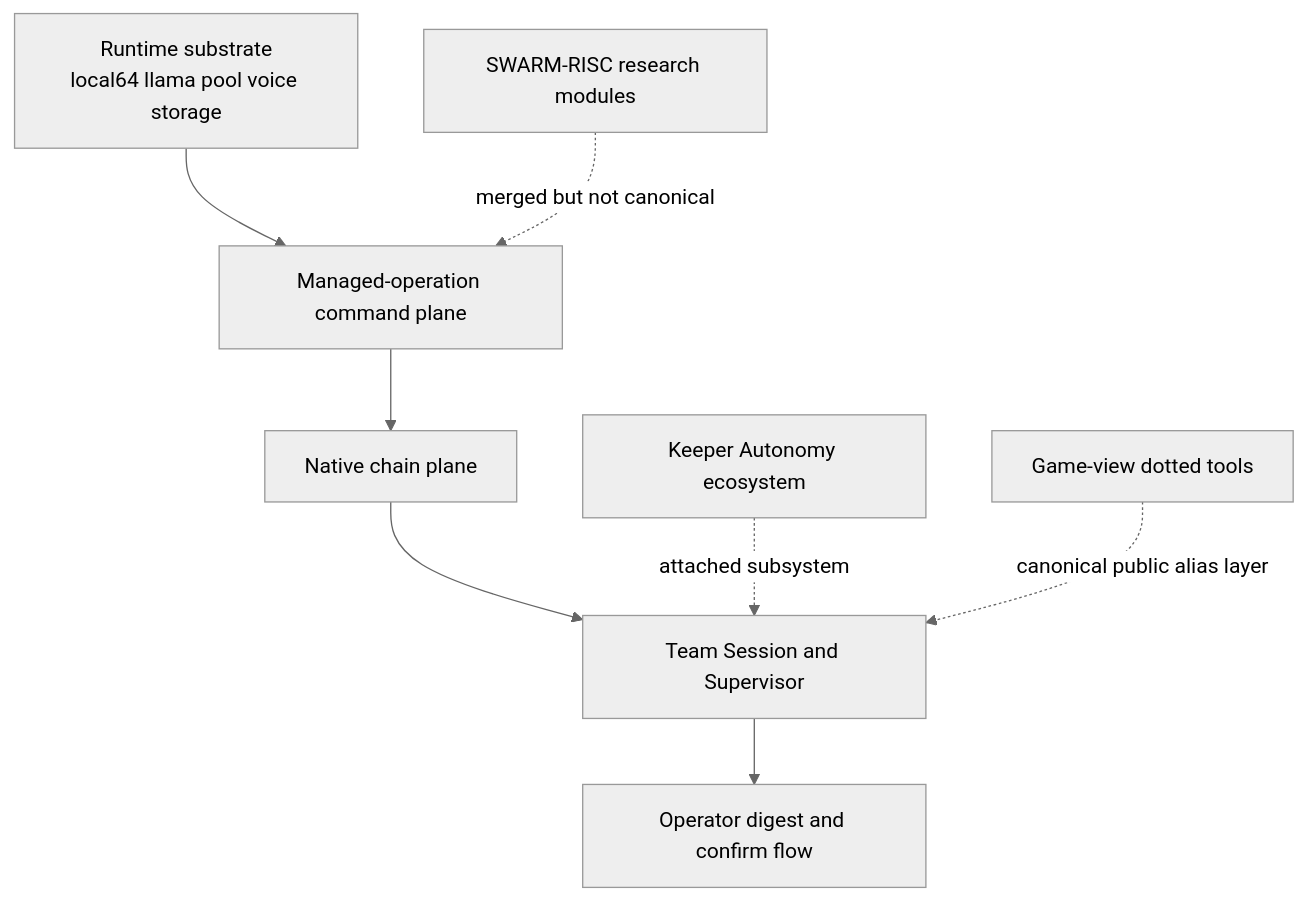
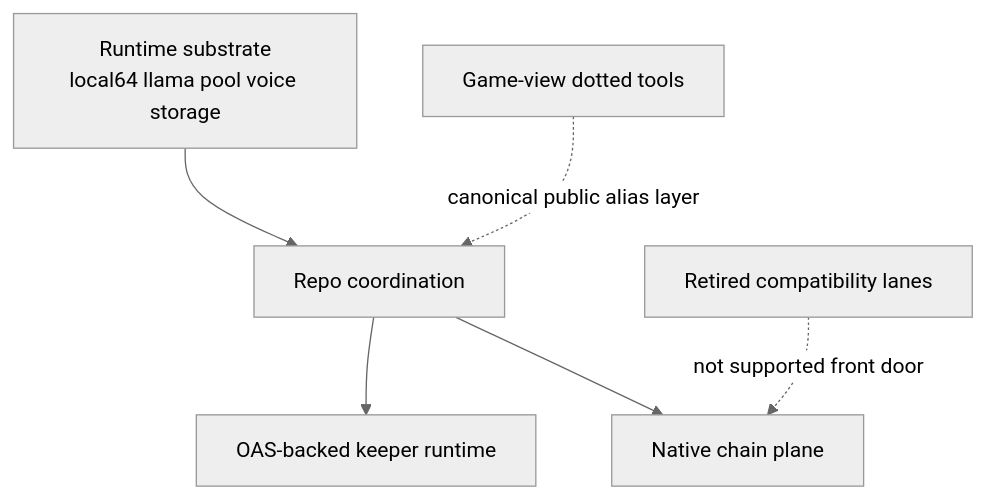
The fifth of 5 diagrams in docs/MCP-SURFACE-AUDIT.md (jeong-sik/masc), drawn with Mermaid (neutral theme) before and after one commit. The commit also changed other lines of this file and 38 other files, not shown here.

Commit message:
Remove retired collaboration front door

````diff
--- a/docs/MCP-SURFACE-AUDIT.md
+++ b/docs/MCP-SURFACE-AUDIT.md
@@ -125,11 +119,9 @@
 ```mermaid
 flowchart TD
-  Runtime[Runtime substrate<br/>local64 llama pool voice storage] --> Control[Managed-operation command plane]
-  Control --> Orchestration[Native chain plane]
-  Orchestration --> Workflow[Team Session and Supervisor]
-  Workflow --> Operator[Operator digest and confirm flow]
+  Runtime[Runtime substrate<br/>local64 llama pool voice storage] --> Coordination[Repo coordination]
+  Coordination --> Keeper[OAS-backed keeper runtime]
+  Coordination --> Orchestration[Native chain plane]
 
-  Secondary1[Keeper Autonomy ecosystem] -. attached subsystem .-> Workflow
-  Secondary2[Game-view dotted tools] -. canonical public alias layer .-> Workflow
-  Secondary3[SWARM-RISC research modules] -. merged but not canonical .-> Control
+  Secondary1[Game-view dotted tools] -. canonical public alias layer .-> Coordination
+  Secondary2[Retired compatibility lanes] -. not supported front door .-> Orchestration
 ```
````
